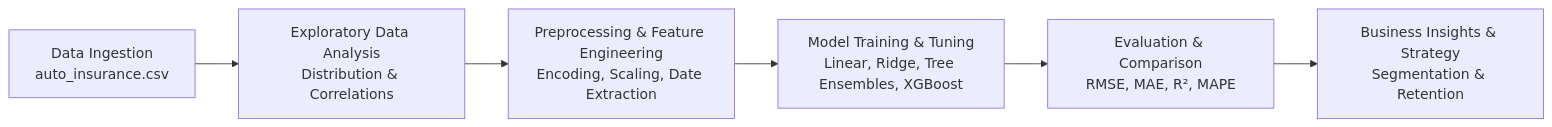
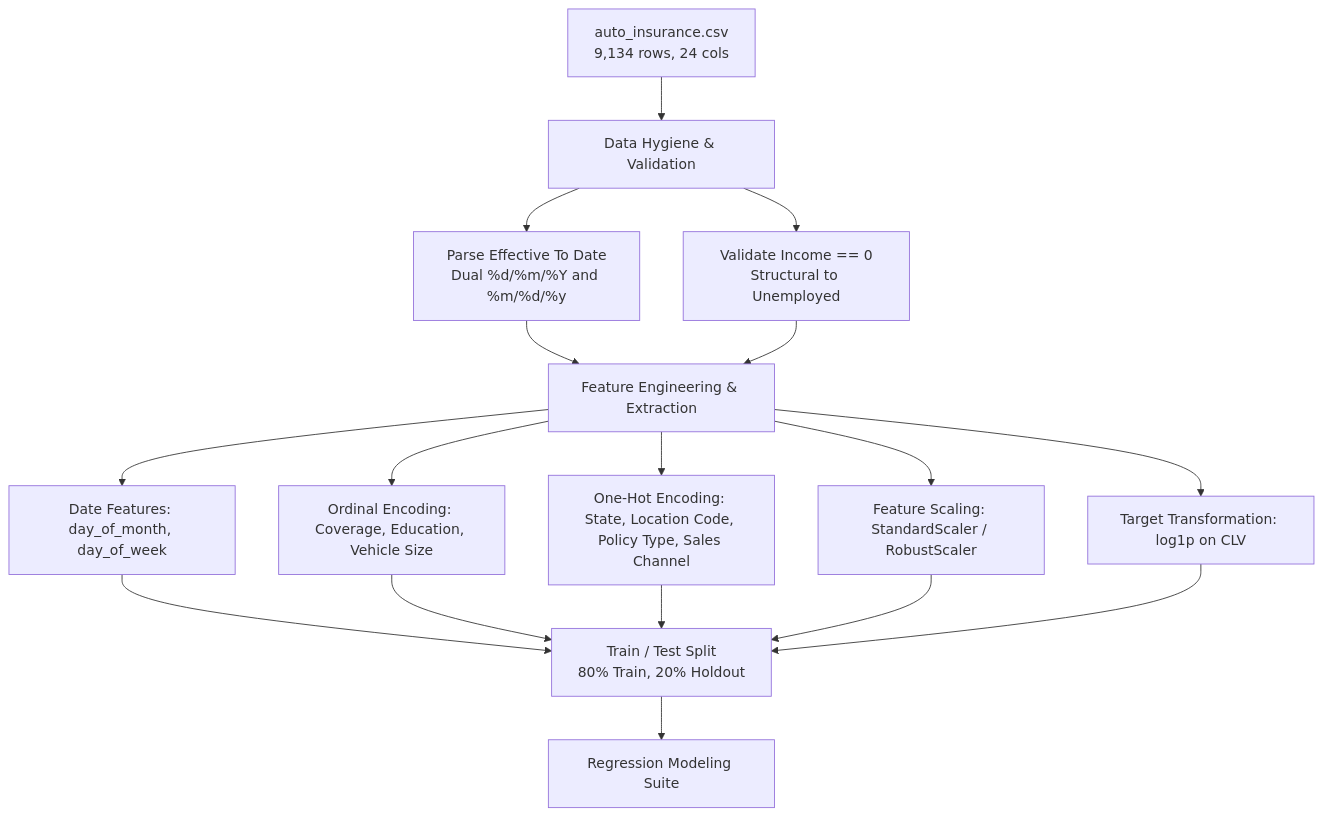
The diagram in README.md (devloopcode/customer_lifetime_value_regression), drawn with Mermaid before and after one commit. The commit also changed other lines of this file and 1 other file, not shown here.

Commit message:
inspect suspicious rows, parse mixed date formats

````diff
--- a/README.md
+++ b/README.md
@@ -110,8 +177,14 @@
 ```mermaid
-flowchart LR
-    A[Data Ingestion<br/>auto_insurance.csv] --> B[Exploratory Data Analysis<br/>Distribution & Correlations]
-    B --> C[Preprocessing & Feature Engineering<br/>Encoding, Scaling, Date Extraction]
-    C --> D[Model Training & Tuning<br/>Linear, Ridge, Tree Ensembles, XGBoost]
-    D --> E[Evaluation & Comparison<br/>RMSE, MAE, R², MAPE]
-    E --> F[Business Insights & Strategy<br/>Segmentation & Retention]
+flowchart TD
+    A[auto_insurance.csv<br/>9,134 rows, 24 cols] --> B[Data Hygiene & Validation]
+    B --> B1[Parse Effective To Date<br/>Dual %d/%m/%Y and %m/%d/%y]
+    B --> B2[Validate Income == 0<br/>Structural to Unemployed]
+    B1 & B2 --> C[Feature Engineering & Extraction]
+    C --> C1[Date Features: day_of_month, day_of_week]
+    C --> C2[Ordinal Encoding: Coverage, Education, Vehicle Size]
+    C --> C3[One-Hot Encoding: State, Location Code, Policy Type, Sales Channel]
+    C --> C4[Feature Scaling: StandardScaler / RobustScaler]
+    C --> C5[Target Transformation: log1p on CLV]
+    C1 & C2 & C3 & C4 & C5 --> D[Train / Test Split<br/>80% Train, 20% Holdout]
+    D --> E[Regression Modeling Suite]
 ```
````
